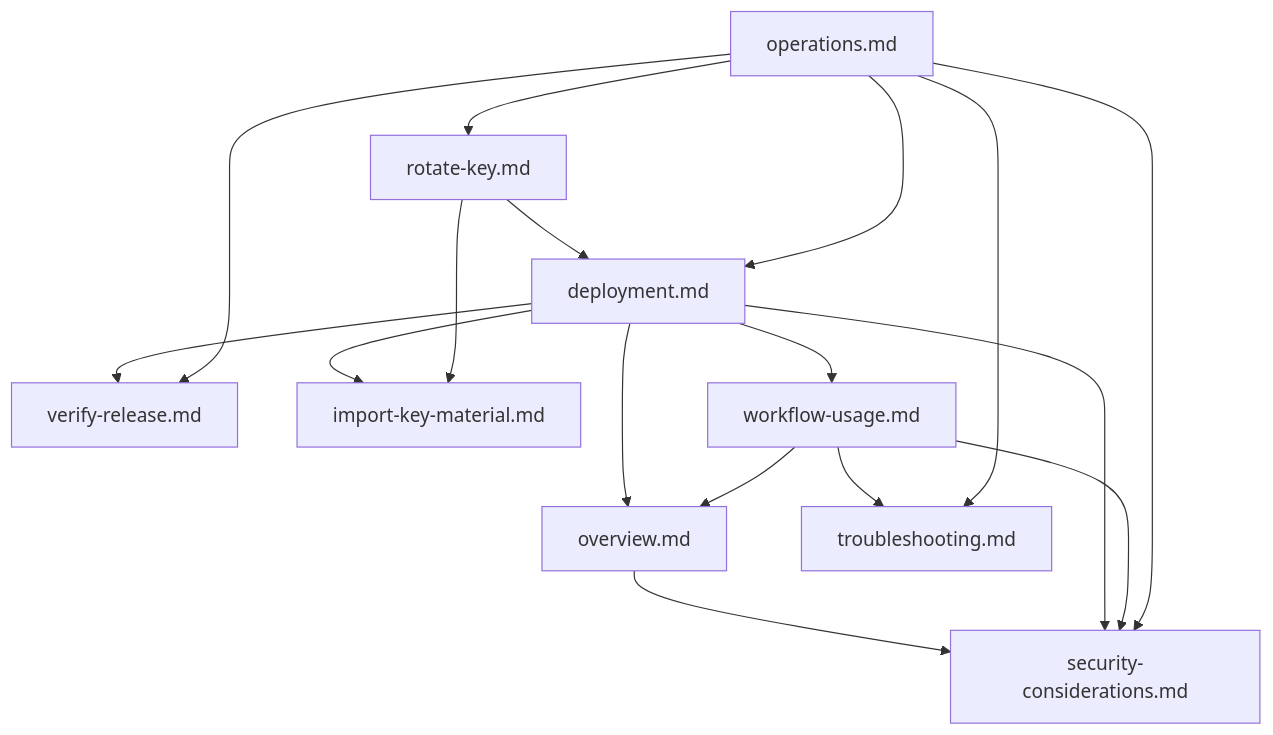
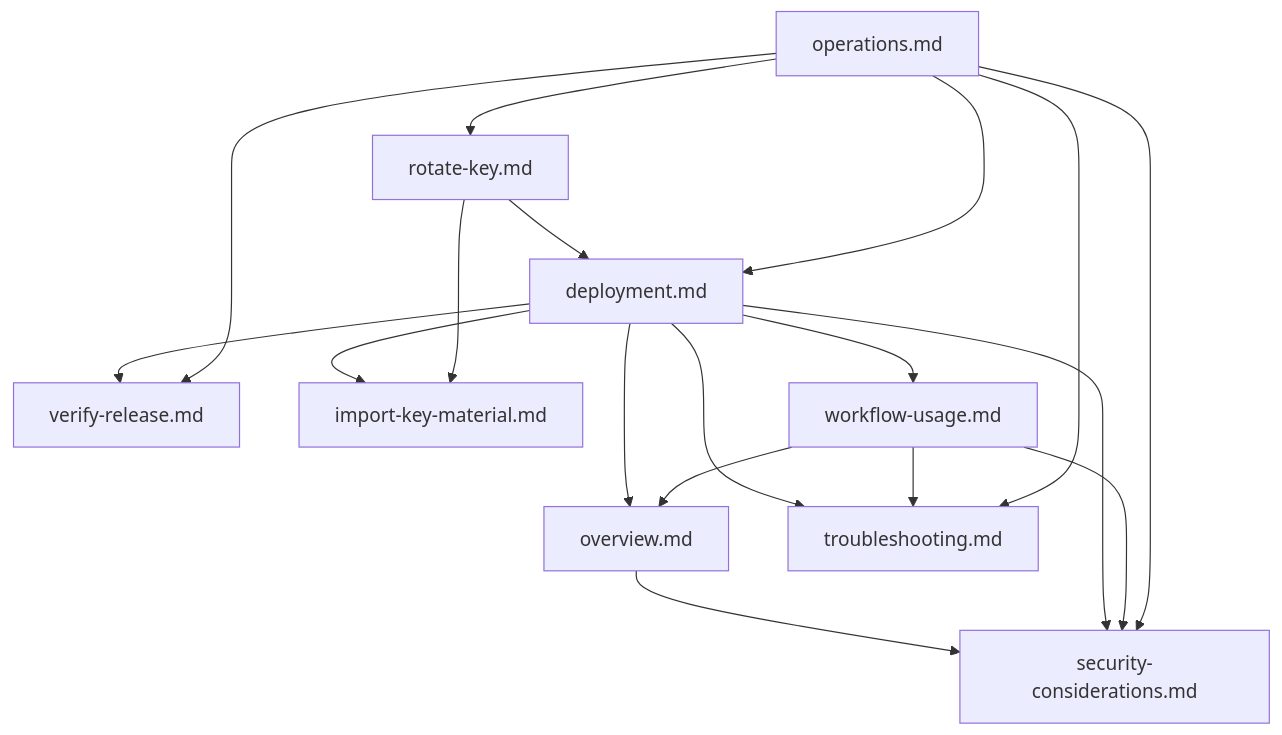
The second of 3 diagrams in docs/contributing/docs-policy.md (tmknom/gates), drawn with Mermaid before and after one commit. The commit also changed 7 other files, not shown here.

````diff
--- a/docs/contributing/docs-policy.md
+++ b/docs/contributing/docs-policy.md
@@ -155,19 +155,20 @@
 ```mermaid
 flowchart TD
     overview["overview.md"] --> security["security-considerations.md"]
     deployment["deployment.md"] --> security
     deployment --> overview
     deployment --> verify["verify-release.md"]
     deployment --> import["import-key-material.md"]
     deployment --> usage["workflow-usage.md"]
+    deployment --> trouble["troubleshooting.md"]
     rotate["rotate-key.md"] --> import
     rotate --> deployment
     usage --> security
     usage --> overview
-    usage --> trouble["troubleshooting.md"]
+    usage --> trouble
     operations["operations.md"] --> deployment
     operations --> verify
     operations --> rotate
     operations --> trouble
     operations --> security
 ```
````
